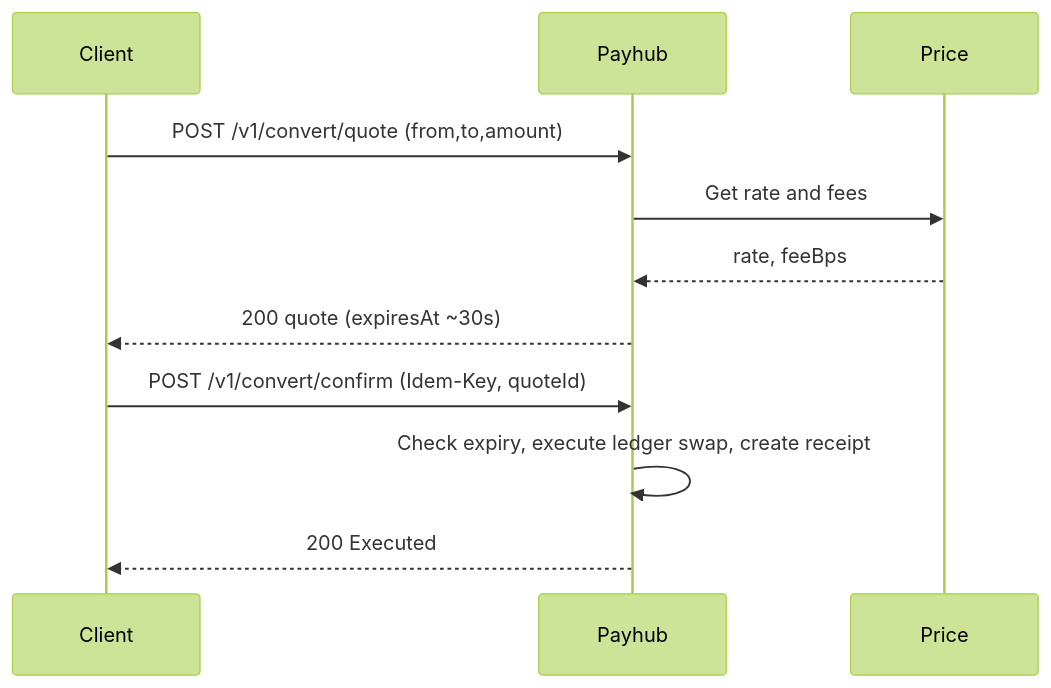
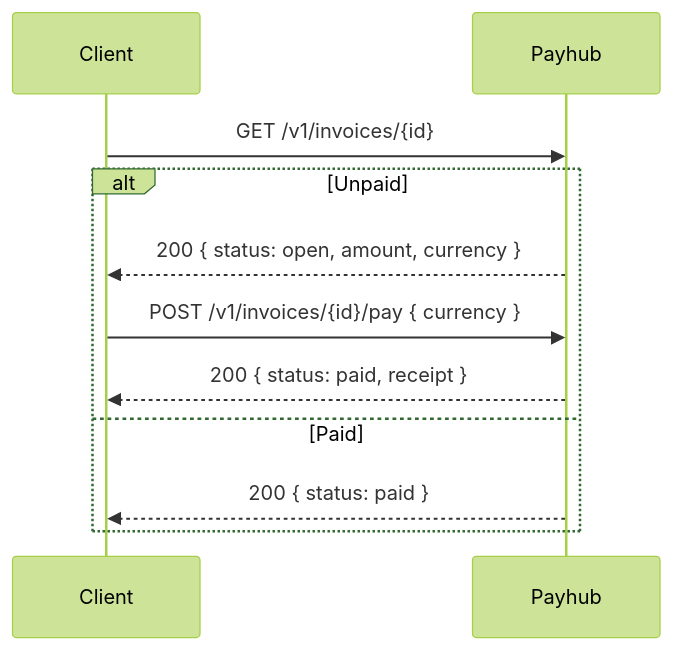
One commit to bkkac/tg-miniapp-payhub-service changed the fifth of 6 diagrams in SystemDesign.md. Above: the diagram before and after it, drawn with Mermaid (forest theme). The commit also changed other lines of this file, not shown here.

````diff
--- a/SystemDesign.md
+++ b/SystemDesign.md
@@ -525,13 +528,14 @@
 ```mermaid
 sequenceDiagram
   participant UI as Client
-  participant PH as Payhub
-  participant PR as Price
-  UI->>PH: POST /v1/convert/quote (from,to,amount)
-  PH->>PR: Get rate and fees
-  PR-->>PH: rate, feeBps
-  PH-->>UI: 200 quote (expiresAt ~30s)
-  UI->>PH: POST /v1/convert/confirm (Idem-Key, quoteId)
-  PH->>PH: Check expiry, execute ledger swap, create receipt
-  PH-->>UI: 200 Executed
+  participant PAY as Payhub
+
+  UI->>PAY: GET /v1/invoices/{id}
+  alt Unpaid
+    PAY-->>UI: 200 { status: open, amount, currency }
+    UI->>PAY: POST /v1/invoices/{id}/pay { currency }
+    PAY-->>UI: 200 { status: paid, receipt }
+  else Paid
+    PAY-->>UI: 200 { status: paid }
+  end
 ```
````
